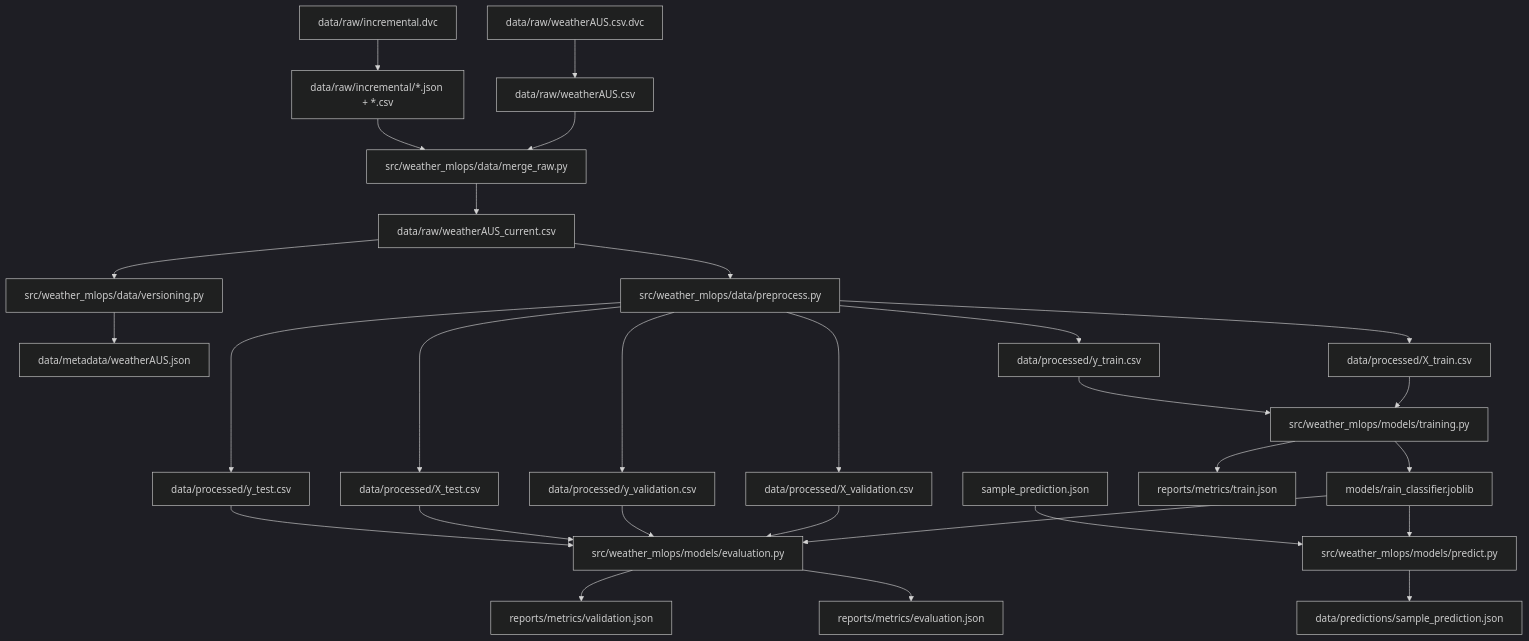
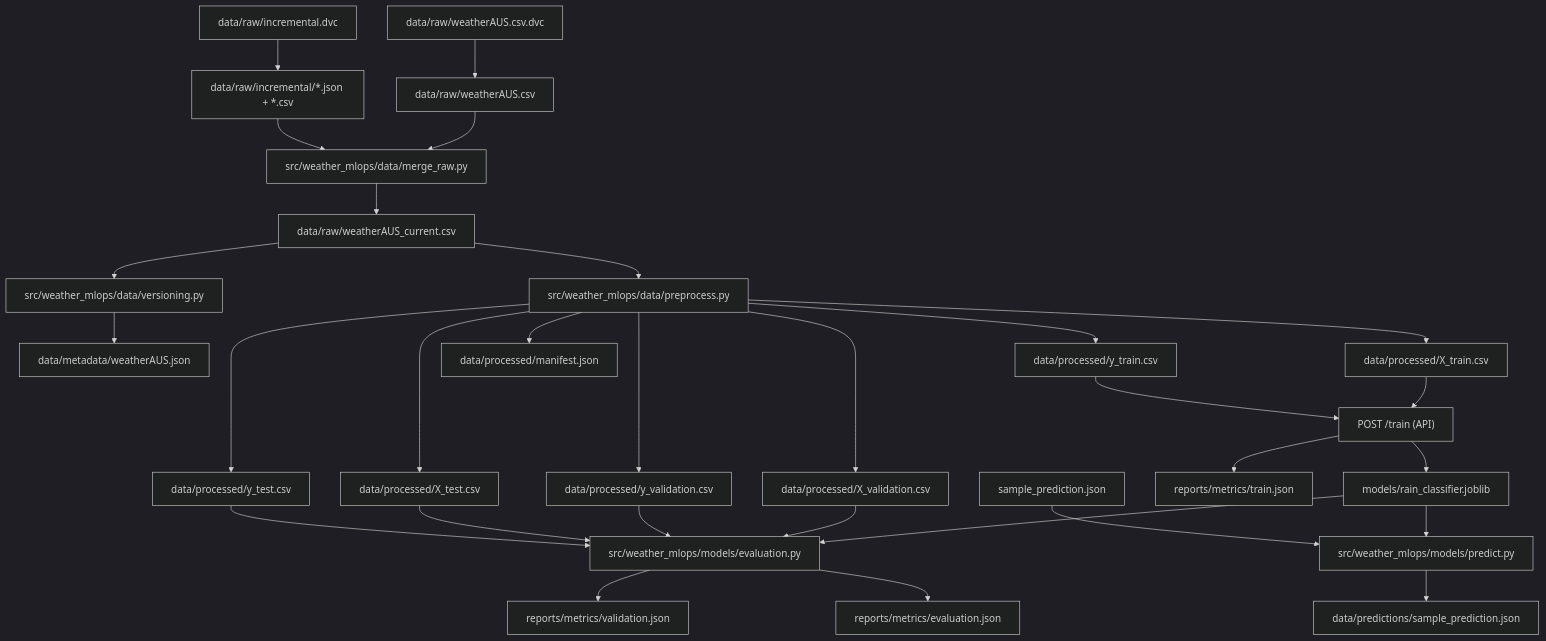
The diagram in README.md (DataScientest-Studio/jul26_bmlops_int_weather), drawn with Mermaid (dark theme) before and after one commit. The commit also changed other lines of this file and 61 other files, not shown here.

````diff
--- a/README.md
+++ b/README.md
@@ -90,37 +245,38 @@
 ```mermaid
 flowchart TD
     raw_dvc["data/raw/weatherAUS.csv.dvc"] --> raw["data/raw/weatherAUS.csv"]
     inc_dvc["data/raw/incremental.dvc"] --> inc["data/raw/incremental/*.json + *.csv"]
 
     raw --> merge_code["src/weather_mlops/data/merge_raw.py"]
     inc --> merge_code
     merge_code --> current["data/raw/weatherAUS_current.csv"]
 
     current --> version_code["src/weather_mlops/data/versioning.py"]
     version_code --> metadata["data/metadata/weatherAUS.json"]
 
     current --> preprocess_code["src/weather_mlops/data/preprocess.py"]
     preprocess_code --> xtrain["data/processed/X_train.csv"]
     preprocess_code --> ytrain["data/processed/y_train.csv"]
     preprocess_code --> xval["data/processed/X_validation.csv"]
     preprocess_code --> yval["data/processed/y_validation.csv"]
     preprocess_code --> xtest["data/processed/X_test.csv"]
     preprocess_code --> ytest["data/processed/y_test.csv"]
+    preprocess_code --> manifest["data/processed/manifest.json"]
 
-    xtrain --> train_code["src/weather_mlops/models/training.py"]
+    xtrain --> train_code["POST /train (API)"]
     ytrain --> train_code
     train_code --> model["models/rain_classifier.joblib"]
     train_code --> train_metrics["reports/metrics/train.json"]
 
     model --> eval_code["src/weather_mlops/models/evaluation.py"]
     xval --> eval_code
     yval --> eval_code
     xtest --> eval_code
     ytest --> eval_code
     eval_code --> val_metrics["reports/metrics/validation.json"]
     eval_code --> test_metrics["reports/metrics/evaluation.json"]
 
     model --> predict_code["src/weather_mlops/models/predict.py"]
     sample["sample_prediction.json"] --> predict_code
     predict_code --> prediction["data/predictions/sample_prediction.json"]
 ```
````
